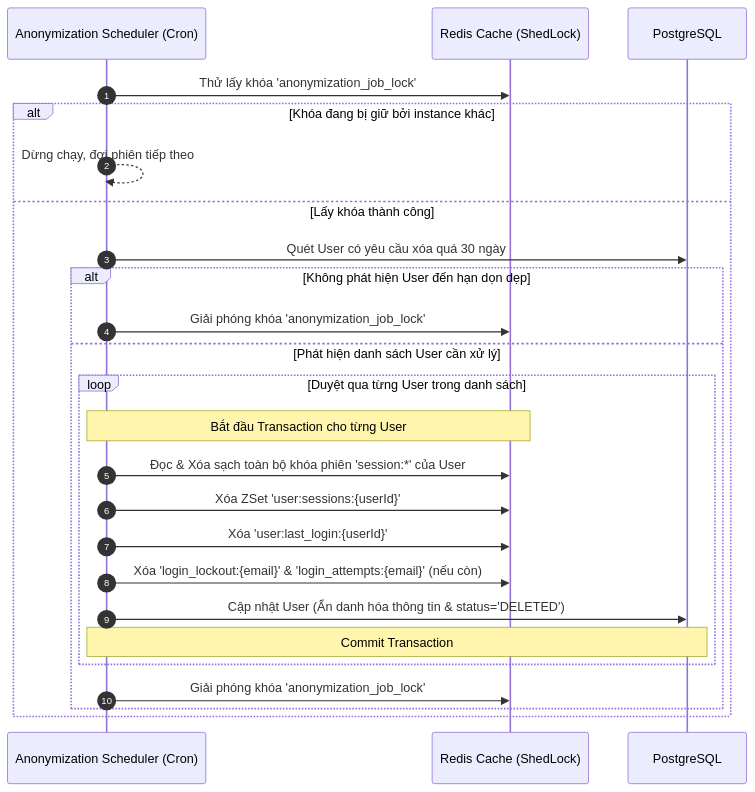
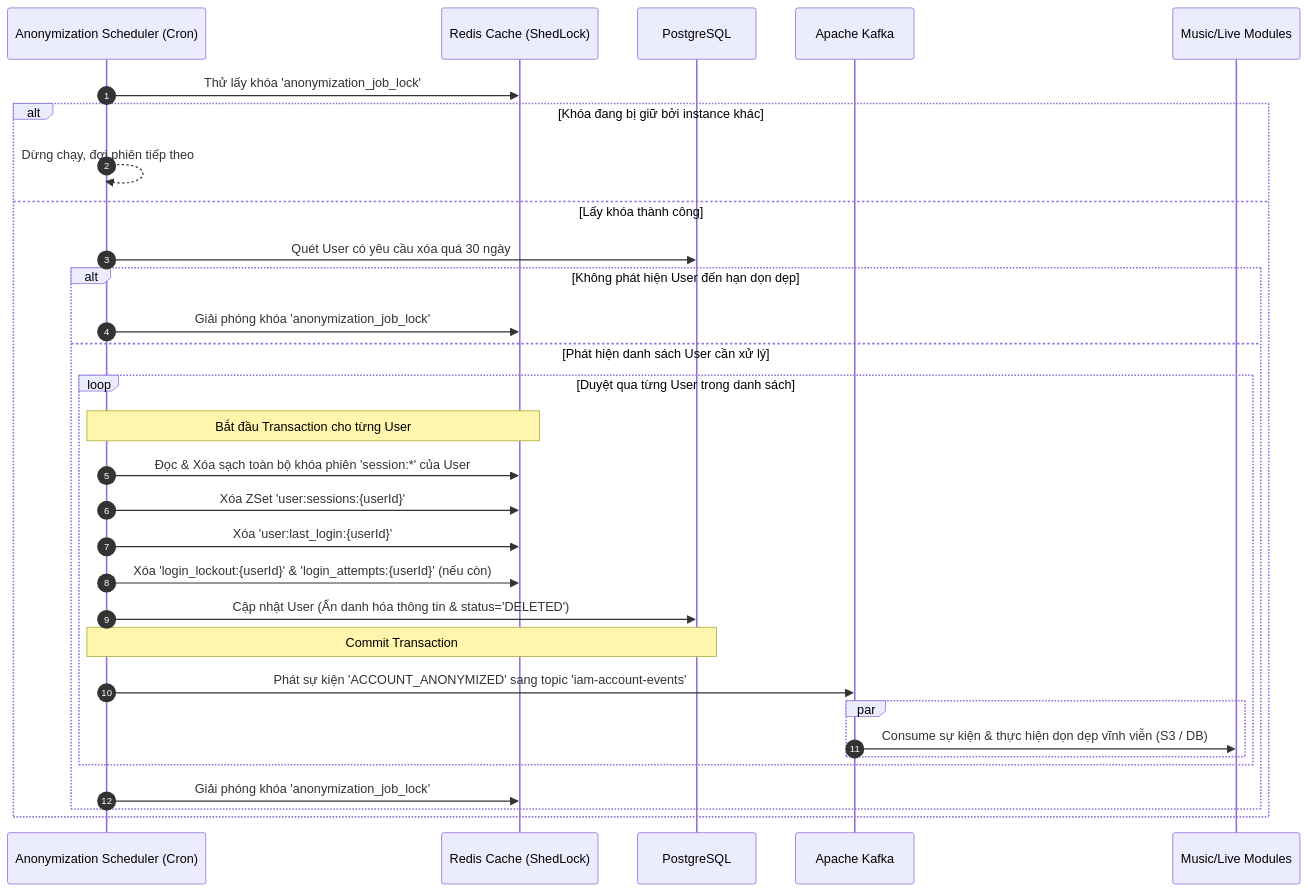
The diagram in docs/1. Identity & Access Management/08_account_anonymization_job.md (NguyenDucHoangNam/PWB_Mini), drawn with Mermaid before and after one commit. The commit also changed other lines of this file and 22 other files, not shown here.

````diff
--- a/docs/1. Identity & Access Management/08_account_anonymization_job.md
+++ b/docs/1. Identity & Access Management/08_account_anonymization_job.md
@@ -53,32 +60,39 @@
 ```mermaid
 sequenceDiagram
     autonumber
     participant Job as Anonymization Scheduler (Cron)
     participant Redis as Redis Cache (ShedLock)
     participant DB as PostgreSQL
+    participant Kafka as Apache Kafka
+    participant MusicLive as Music/Live Modules
     
     Job->>Redis: Thử lấy khóa 'anonymization_job_lock'
     alt Khóa đang bị giữ bởi instance khác
         Job-->>Job: Dừng chạy, đợi phiên tiếp theo
     else Lấy khóa thành công
         Job->>DB: Quét User có yêu cầu xóa quá 30 ngày
         
         alt Không phát hiện User đến hạn dọn dẹp
             Job->>Redis: Giải phóng khóa 'anonymization_job_lock'
         else Phát hiện danh sách User cần xử lý
             loop Duyệt qua từng User trong danh sách
                 Note over Job, Redis: Bắt đầu Transaction cho từng User
                 
                 Job->>Redis: Đọc & Xóa sạch toàn bộ khóa phiên 'session:*' của User
                 Job->>Redis: Xóa ZSet 'user:sessions:{userId}'
                 Job->>Redis: Xóa 'user:last_login:{userId}'
-                Job->>Redis: Xóa 'login_lockout:{email}' & 'login_attempts:{email}' (nếu còn)
+                Job->>Redis: Xóa 'login_lockout:{userId}' & 'login_attempts:{userId}' (nếu còn)
                 
                 Job->>DB: Cập nhật User (Ẩn danh hóa thông tin & status='DELETED')
                 
                 Note over Job, DB: Commit Transaction
+                
+                Job->>Kafka: Phát sự kiện 'ACCOUNT_ANONYMIZED' sang topic 'iam-account-events'
+                par 
+                    Kafka->>MusicLive: Consume sự kiện & thực hiện dọn dẹp vĩnh viễn (S3 / DB)
+                end
             end
             Job->>Redis: Giải phóng khóa 'anonymization_job_lock'
         end
     end
 ```
````
